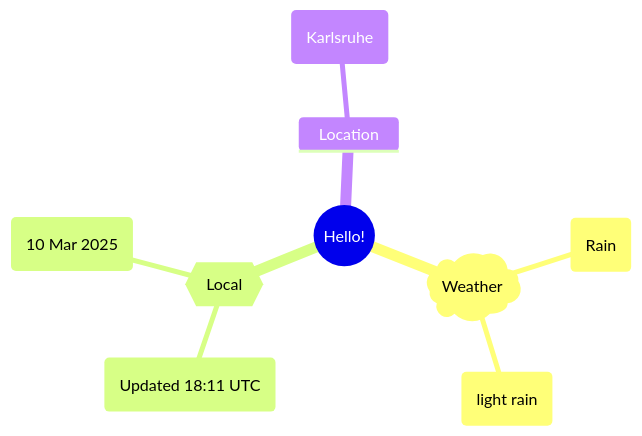
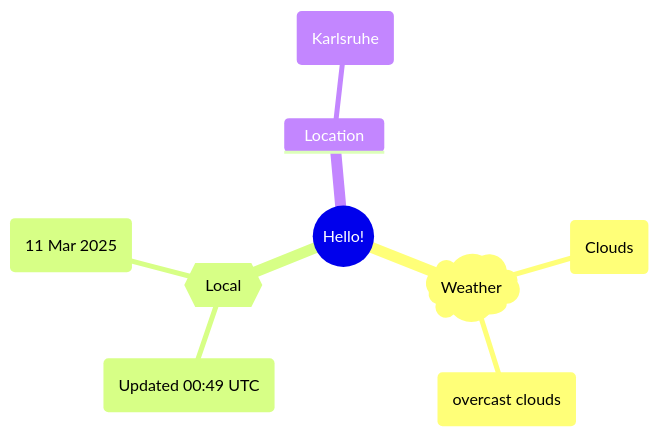
One commit to Xosrov/Xosrov changed the first of 2 diagrams in README.md. Above: the diagram before and after it, drawn with Mermaid.

Commit message:
[bot] updated images

````diff
--- a/README.md
+++ b/README.md
@@ -3,12 +3,12 @@
 ```mermaid
 mindmap
   root((Hello!))
     )Weather(
-        (Rain)
-        (light rain)
+        (Clouds)
+        (overcast clouds)
     {{Local}}
-        (Updated 18:11 UTC)
-        (10 Mar 2025)
+        (Updated 00:49 UTC)
+        (11 Mar 2025)
     Location
         (Karlsruhe)
 ```
````
